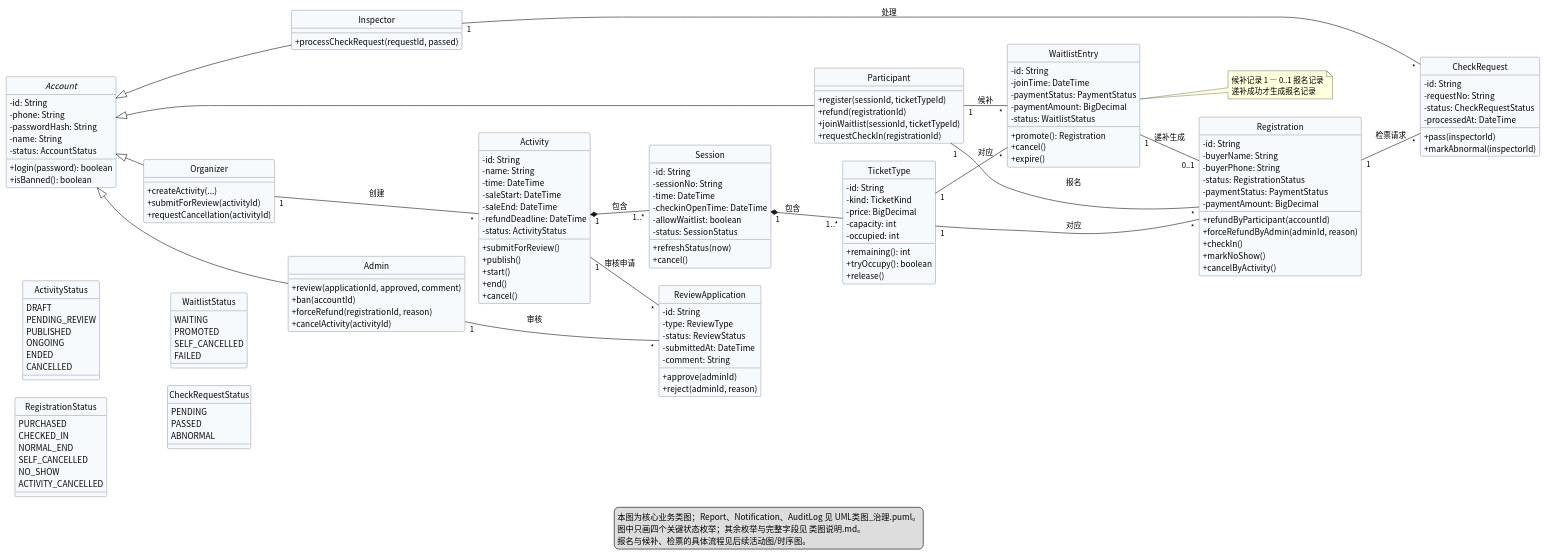
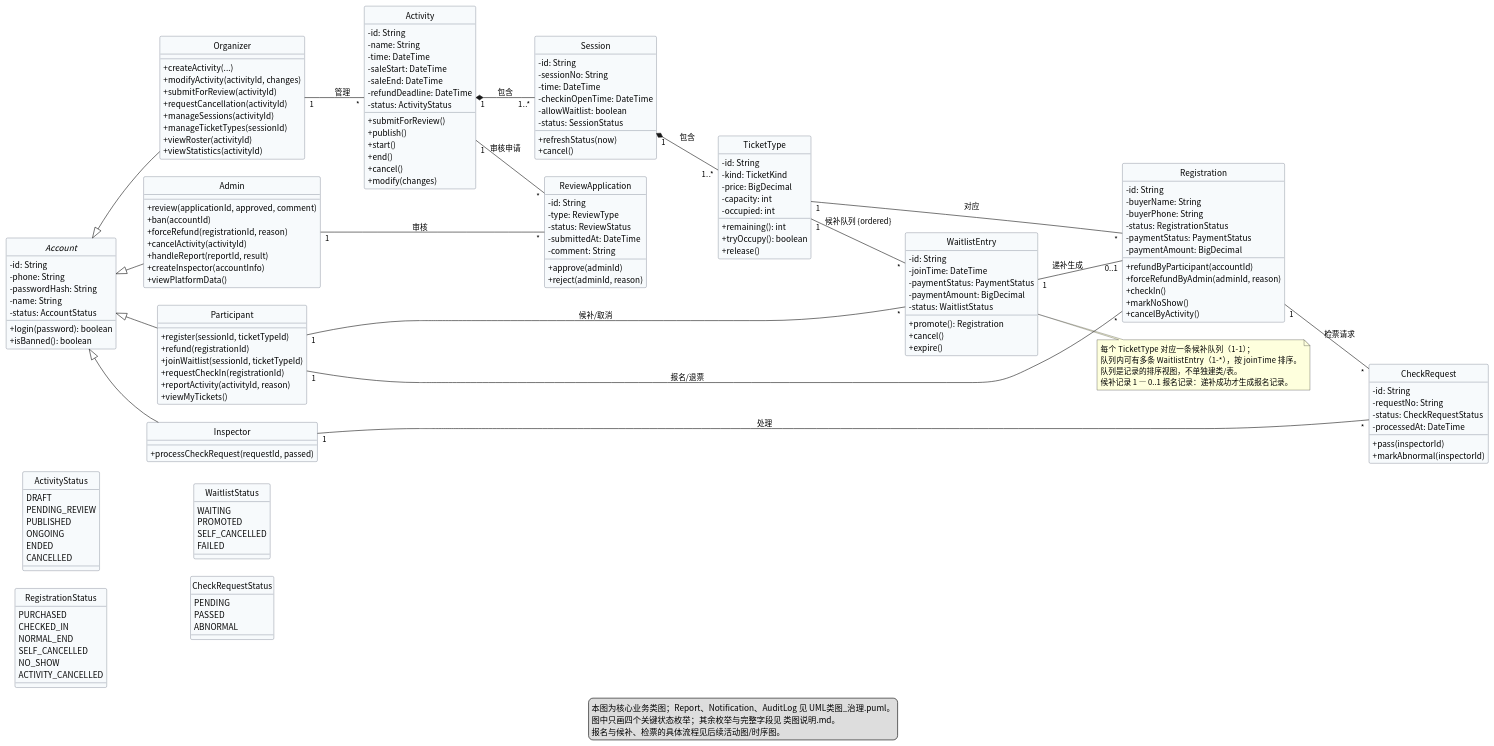
Before and after one commit to Lewis-44-China/se-lab1-requirements: the diagram in lab2/UML/UML类图.puml, drawn with PlantUML. The commit also changed 3 other files, not shown here.

First line of the commit message:
lab2: 人工修订类图

```diff
--- a/lab2/UML/UML类图.puml
+++ b/lab2/UML/UML类图.puml
@@ -1,176 +1,191 @@
 @startuml UML类图
 skinparam classAttributeIconSize 0
 skinparam shadowing false
 skinparam defaultFontName "Noto Sans CJK SC"
 skinparam nodesep 30
 skinparam ranksep 45
 skinparam class {
   BackgroundColor #F7FAFC
   BorderColor #4A5568
 }
 hide circle
 left to right direction
 
+together {
 abstract class Account {
   - id: String
   - phone: String
   - passwordHash: String
   - name: String
   - status: AccountStatus
   + login(password): boolean
   + isBanned(): boolean
 }
 class Participant {
   + register(sessionId, ticketTypeId)
   + refund(registrationId)
   + joinWaitlist(sessionId, ticketTypeId)
   + requestCheckIn(registrationId)
+  + reportActivity(activityId, reason)
+  + viewMyTickets()
 }
 class Organizer {
   + createActivity(...)
+  + modifyActivity(activityId, changes)
   + submitForReview(activityId)
   + requestCancellation(activityId)
+  + manageSessions(activityId)
+  + manageTicketTypes(sessionId)
+  + viewRoster(activityId)
+  + viewStatistics(activityId)
 }
 class Inspector {
   + processCheckRequest(requestId, passed)
 }
 class Admin {
   + review(applicationId, approved, comment)
   + ban(accountId)
   + forceRefund(registrationId, reason)
   + cancelActivity(activityId)
+  + handleReport(reportId, result)
+  + createInspector(accountInfo)
+  + viewPlatformData()
 }
 
+}
 class Activity {
   - id: String
   - name: String
   - time: DateTime
   - saleStart: DateTime
   - saleEnd: DateTime
   - refundDeadline: DateTime
   - status: ActivityStatus
   + submitForReview()
   + publish()
   + start()
   + end()
   + cancel()
+  + modify(changes)
 }
 class Session {
   - id: String
   - sessionNo: String
   - time: DateTime
   - checkinOpenTime: DateTime
   - allowWaitlist: boolean
   - status: SessionStatus
   + refreshStatus(now)
   + cancel()
 }
 class TicketType {
   - id: String
   - kind: TicketKind
   - price: BigDecimal
   - capacity: int
   - occupied: int
   + remaining(): int
   + tryOccupy(): boolean
   + release()
 }
 class Registration {
   - id: String
   - buyerName: String
   - buyerPhone: String
   - status: RegistrationStatus
   - paymentStatus: PaymentStatus
   - paymentAmount: BigDecimal
   + refundByParticipant(accountId)
   + forceRefundByAdmin(adminId, reason)
   + checkIn()
   + markNoShow()
   + cancelByActivity()
 }
 class WaitlistEntry {
   - id: String
   - joinTime: DateTime
   - paymentStatus: PaymentStatus
   - paymentAmount: BigDecimal
   - status: WaitlistStatus
   + promote(): Registration
   + cancel()
   + expire()
 }
 class CheckRequest {
   - id: String
   - requestNo: String
   - status: CheckRequestStatus
   - processedAt: DateTime
   + pass(inspectorId)
   + markAbnormal(inspectorId)
 }
 class ReviewApplication {
   - id: String
   - type: ReviewType
   - status: ReviewStatus
   - submittedAt: DateTime
   - comment: String
   + approve(adminId)
   + reject(adminId, reason)
 }
 
 enum ActivityStatus {
   DRAFT
   PENDING_REVIEW
   PUBLISHED
   ONGOING
   ENDED
   CANCELLED
 }
 enum RegistrationStatus {
   PURCHASED
   CHECKED_IN
   NORMAL_END
   SELF_CANCELLED
   NO_SHOW
   ACTIVITY_CANCELLED
 }
 enum WaitlistStatus {
   WAITING
   PROMOTED
   SELF_CANCELLED
   FAILED
 }
 enum CheckRequestStatus {
   PENDING
   PASSED
   ABNORMAL
 }
 
 Account <|-- Participant
 Account <|-- Organizer
 Account <|-- Inspector
 Account <|-- Admin
 
-Organizer "1" -- "*" Activity : 创建
+Organizer "1" -- "*" Activity : 管理
 Activity "1" *-- "1..*" Session : 包含
 Session "1" *-- "1..*" TicketType : 包含
 Activity "1" -- "*" ReviewApplication : 审核申请
 Admin "1" -- "*" ReviewApplication : 审核
 
-Participant "1" -- "*" Registration : 报名
+Participant "1" -- "*" Registration : 报名/退票
 TicketType "1" -- "*" Registration : 对应
-Participant "1" -- "*" WaitlistEntry : 候补
-TicketType "1" -- "*" WaitlistEntry : 对应
+Participant "1" -- "*" WaitlistEntry : 候补/取消
+TicketType "1" -- "*" WaitlistEntry : 候补队列 {ordered}
 WaitlistEntry "1" -- "0..1" Registration : 递补生成
 Registration "1" -- "*" CheckRequest : 检票请求
 Inspector "1" -- "*" CheckRequest : 处理
 
 note right of WaitlistEntry
-  候补记录 1 — 0..1 报名记录
-  递补成功才生成报名记录
+  每个 TicketType 对应一条候补队列（1-1）；
+  队列内可有多条 WaitlistEntry（1-*），按 joinTime 排序。
+  队列是记录的排序视图，不单独建类/表。
+  候补记录 1 — 0..1 报名记录：递补成功才生成报名记录。
 end note
 
 legend bottom
   本图为核心业务类图；Report、Notification、AuditLog 见 UML类图_治理.puml。
   图中只画四个关键状态枚举；其余枚举与完整字段见 类图说明.md。
   报名与候补、检票的具体流程见后续活动图/时序图。
 endlegend
 @enduml
```
